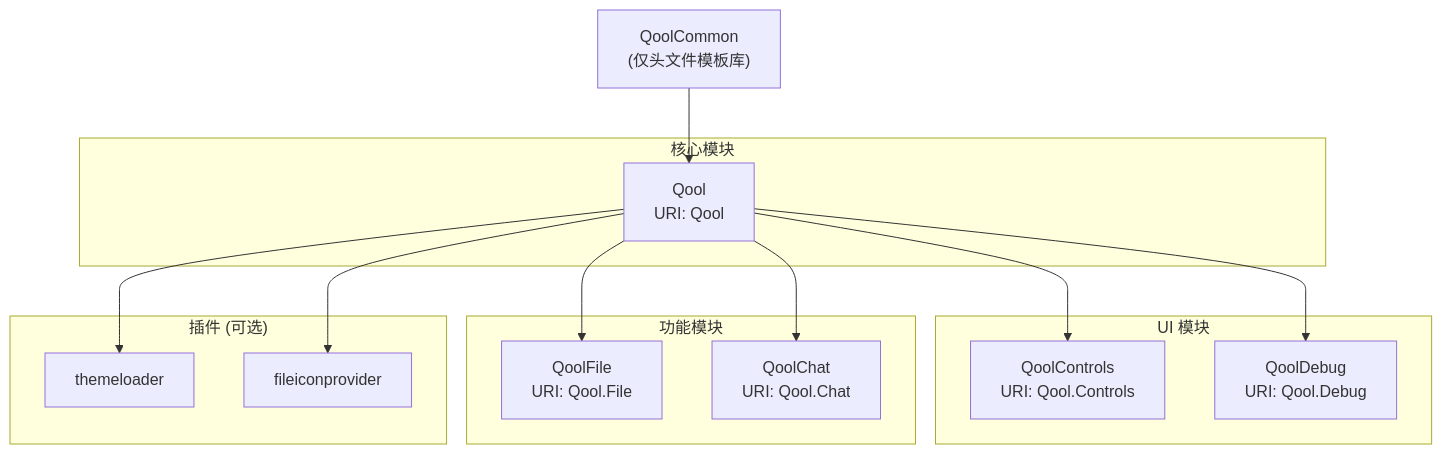
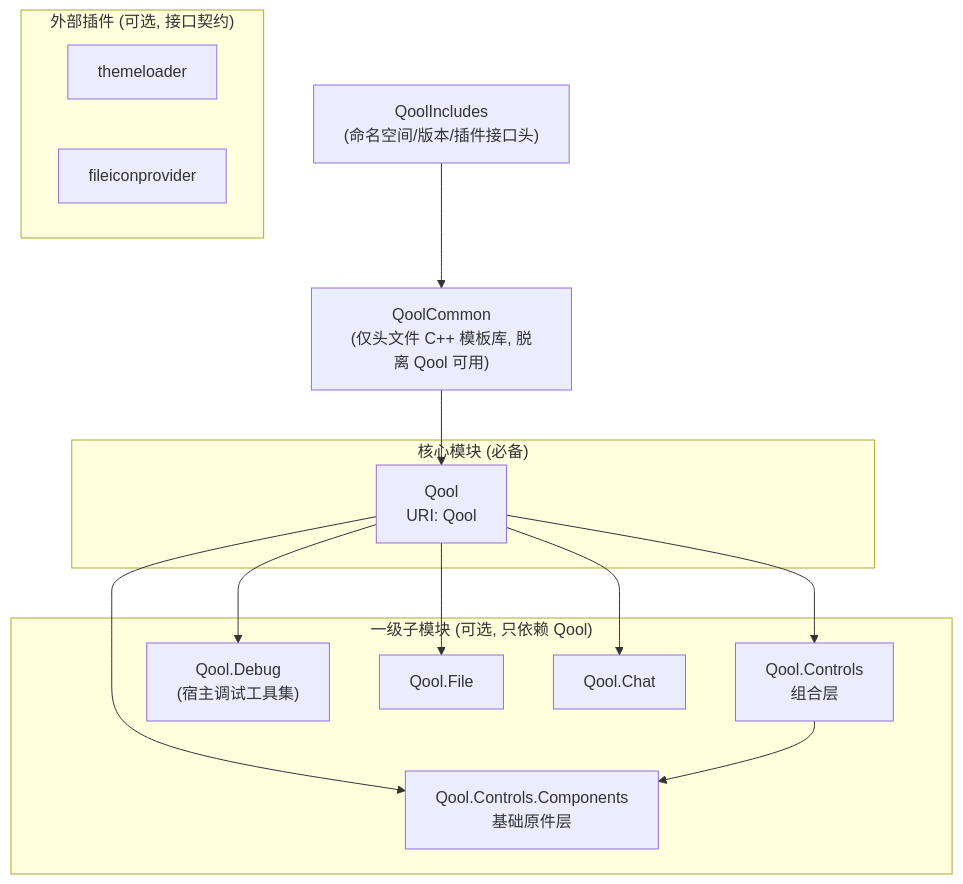
The diagram in AGENTS.md (LambdaXIII/QoolUI4), drawn with Mermaid before and after one commit. The commit also changed other lines of this file and 4 other files, not shown here.

````diff
--- a/AGENTS.md
+++ b/AGENTS.md
@@ -17,31 +21,31 @@
 ```mermaid
 flowchart TB
-    QoolCommon["QoolCommon<br/>(仅头文件模板库)"]
+    QoolIncludes["QoolIncludes<br/>(命名空间/版本/插件接口头)"]
+    QoolCommon["QoolCommon<br/>(仅头文件 C++ 模板库, 脱离 Qool 可用)"]
 
-    subgraph Core["核心模块"]
+    subgraph Core["核心模块 (必备)"]
         Qool["Qool<br/>URI: Qool"]
     end
 
-    subgraph UI["UI 模块"]
-        QoolControls["QoolControls<br/>URI: Qool.Controls"]
-        QoolDebug["QoolDebug<br/>URI: Qool.Debug"]
+    subgraph L1["一级子模块 (可选, 只依赖 Qool)"]
+        QoolControls["Qool.Controls<br/>组合层"]
+        QoolControlsComponents["Qool.Controls.Components<br/>基础原件层"]
+        QoolDebug["Qool.Debug<br/>(宿主调试工具集)"]
+        QoolFile["Qool.File"]
+        QoolChat["Qool.Chat"]
     end
 
-    subgraph Feature["功能模块"]
-        QoolFile["QoolFile<br/>URI: Qool.File"]
-        QoolChat["QoolChat<br/>URI: Qool.Chat"]
-    end
-
-    subgraph Plugins["插件 (可选)"]
+    subgraph Plugins["外部插件 (可选, 接口契约)"]
         themeloader["themeloader"]
         fileiconprovider["fileiconprovider"]
     end
 
+    QoolIncludes --> QoolCommon
     QoolCommon --> Qool
     Qool --> QoolControls
+    Qool --> QoolControlsComponents
     Qool --> QoolDebug
     Qool --> QoolFile
     Qool --> QoolChat
-    Qool --> themeloader
-    Qool --> fileiconprovider
+    QoolControls --> QoolControlsComponents
 ```
````
